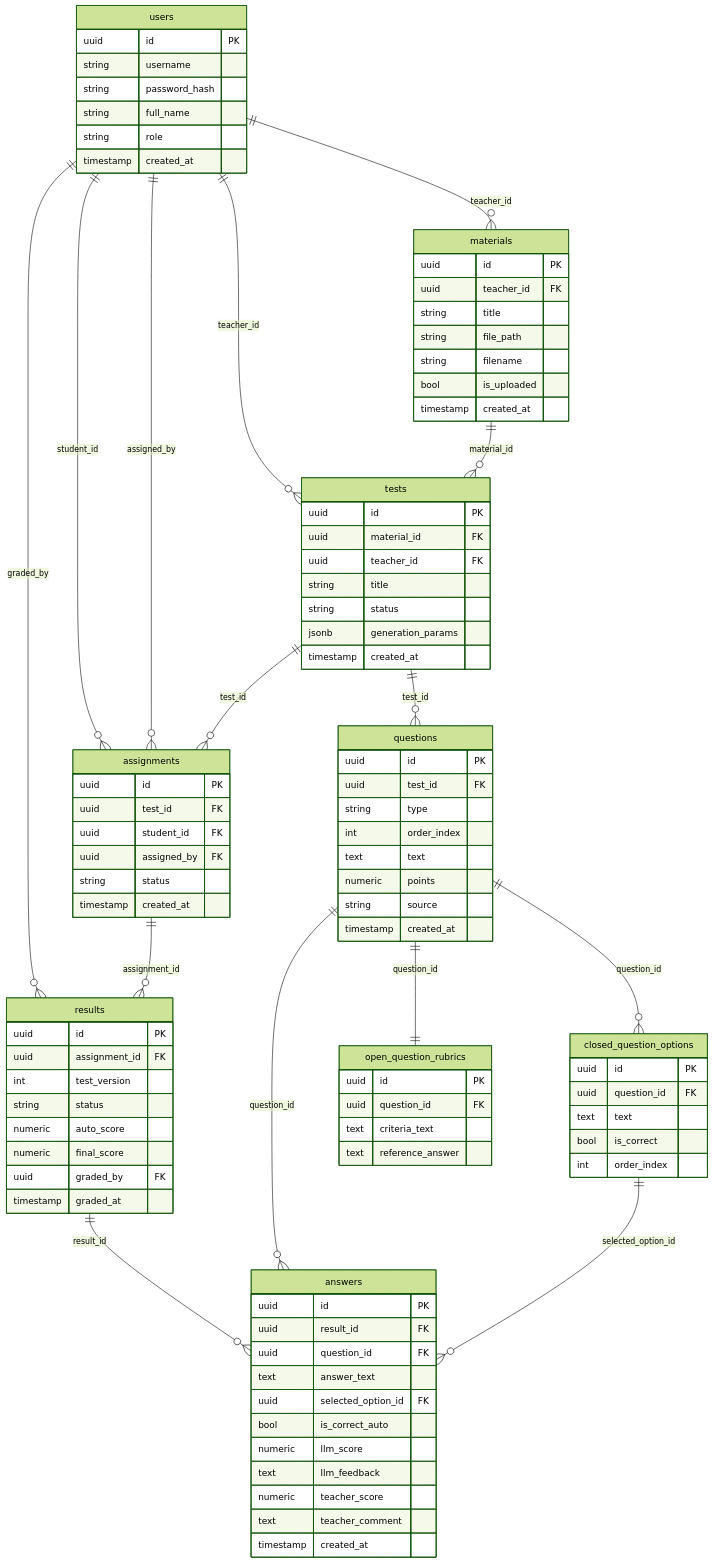
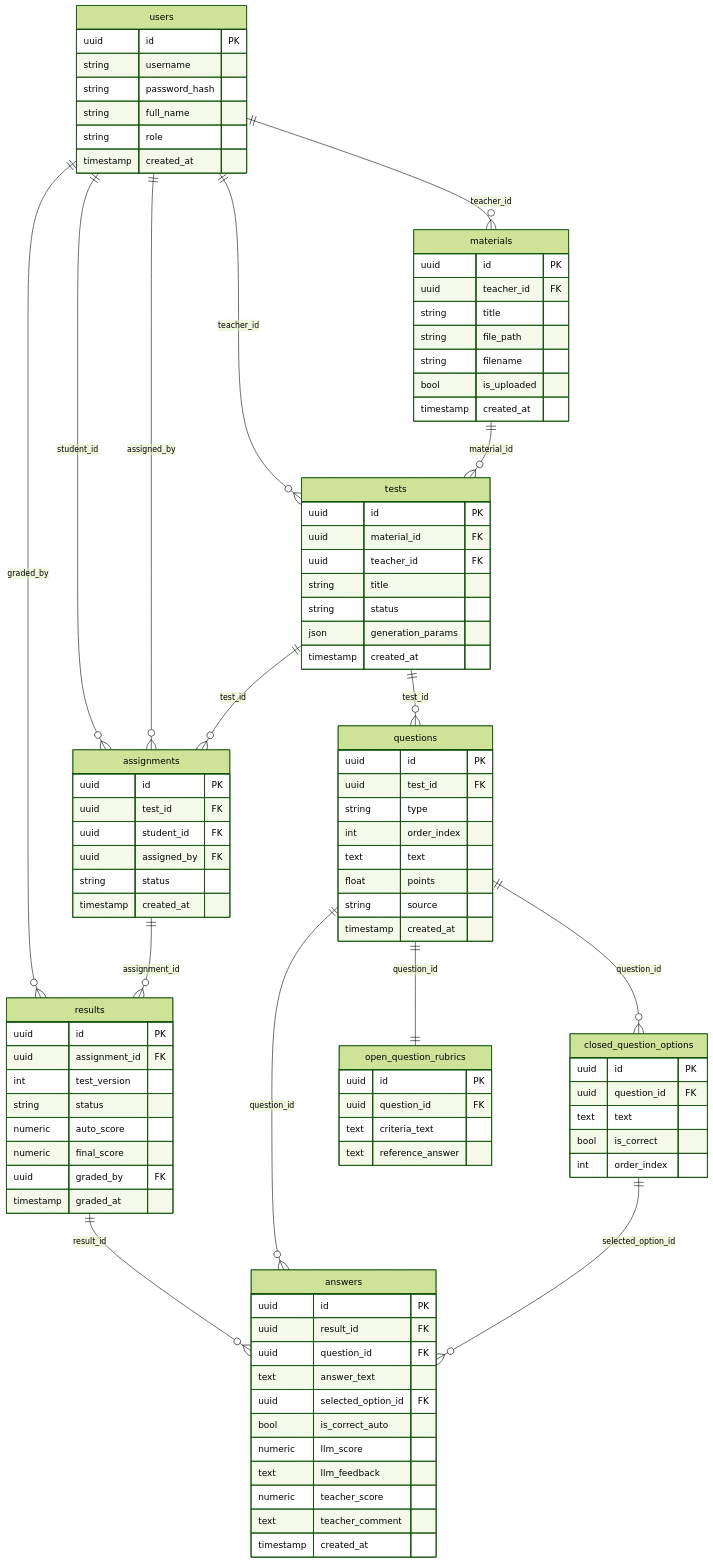
Before and after one commit to escapertist/TestLab: the diagram in docs/er.md, drawn with Mermaid (forest theme). The commit also changed 98 other files, not shown here.

```diff
--- a/docs/er.md
+++ b/docs/er.md
@@ -44,7 +44,7 @@
         uuid teacher_id FK
         string title
         string status
-        jsonb generation_params
+        json generation_params
         timestamp created_at
     }
 
@@ -54,7 +54,7 @@
         string type
         int order_index
         text text
-        numeric points
+        float points
         string source
         timestamp created_at
     }
```
